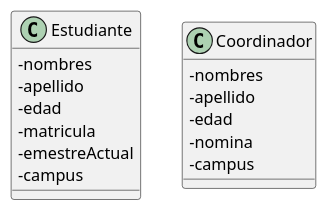
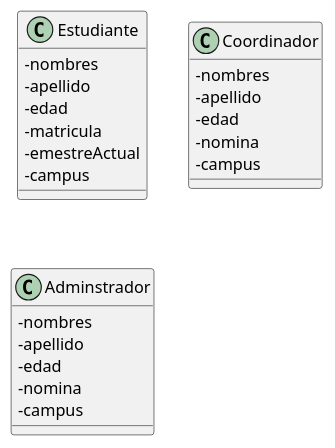
Before and after one commit to facund015/codeRelatedObsidianNotes: the diagram in Reto/Base de datos.md, drawn with PlantUML.

Commit message:
vault backup: 2021-10-12 12:03:00

````diff
--- a/Reto/Base de datos.md
+++ b/Reto/Base de datos.md
@@ -2,22 +2,30 @@
 ```plantuml
 @startuml
 skinparam classAttributeIconSize 0
 class Estudiante {
 	-nombres
 	-apellido
 	-edad
 	-matricula
 	-emestreActual
 	-campus
 }
 
 class Coordinador {
 	-nombres
 	-apellido
 	-edad
 	-nomina
 	-campus
 }
 
+class Adminstrador {
+	-nombres
+	-apellido
+	-edad
+	-nomina
+	-campus
+}
+
 @enduml
 ```
````
